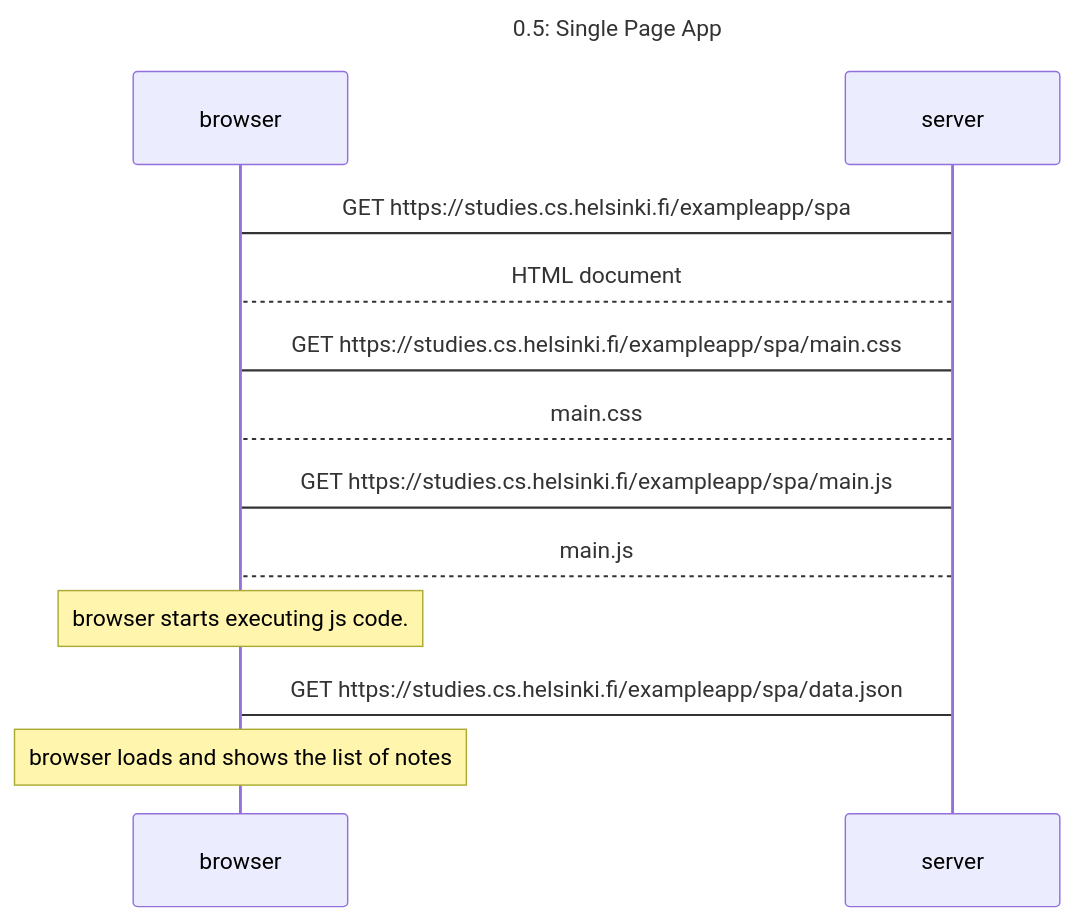
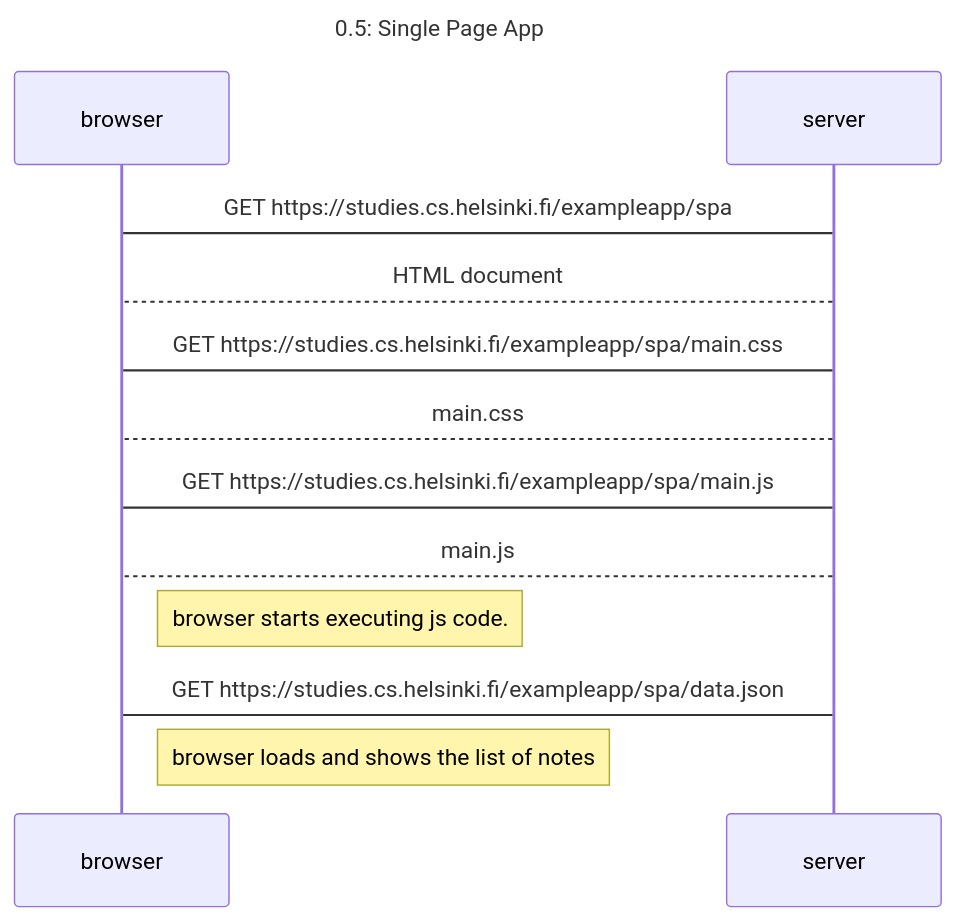
One commit to MeriylSequeira/PART0 changed the diagram in part0.5.md. Above: the diagram before and after it, drawn with Mermaid.

Commit message:
part0.5.md

````diff
--- a/part0.5.md
+++ b/part0.5.md
@@ -1,17 +1,17 @@
 ```mermaid
 sequenceDiagram
 Title: 0.5: Single Page App
 
     browser->server: GET https://studies.cs.helsinki.fi/exampleapp/spa
     server-->browser: HTML document
     browser->server: GET https://studies.cs.helsinki.fi/exampleapp/spa/main.css
     server-->browser: main.css
     browser->server: GET https://studies.cs.helsinki.fi/exampleapp/spa/main.js
     server-->browser: main.js
 
-    note over browser: browser starts executing js code.
+    note right of browser: browser starts executing js code.
 
     browser->server: GET https://studies.cs.helsinki.fi/exampleapp/spa/data.json
 
-    note over browser: browser loads and shows the list of notes
+    note right of browser: browser loads and shows the list of notes
 ```
````
